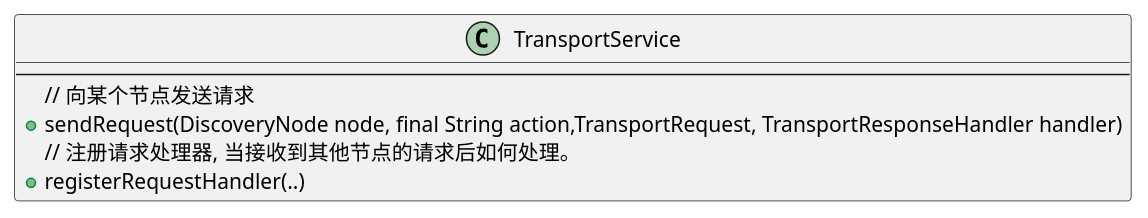
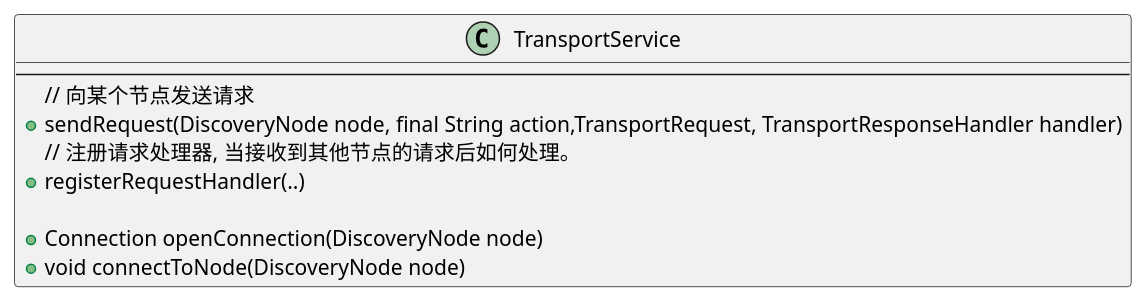
The diagram in zx_notes/notes/transport包/TransportService类图.puml (zouxiang1993/es7.2.1), drawn with PlantUML before and after one commit. The commit also changed 7 other files, not shown here.

```diff
--- a/zx_notes/notes/transport包/TransportService类图.puml
+++ b/zx_notes/notes/transport包/TransportService类图.puml
@@ -1,10 +1,14 @@
 @startuml
 
 class TransportService {
     ---
     // 向某个节点发送请求
     +sendRequest(DiscoveryNode node, final String action,TransportRequest, TransportResponseHandler handler)
     // 注册请求处理器, 当接收到其他节点的请求后如何处理。
     +registerRequestHandler(..)
+
+    +Connection openConnection(DiscoveryNode node)
+    +void connectToNode(DiscoveryNode node)
 }
+
 @enduml
```
